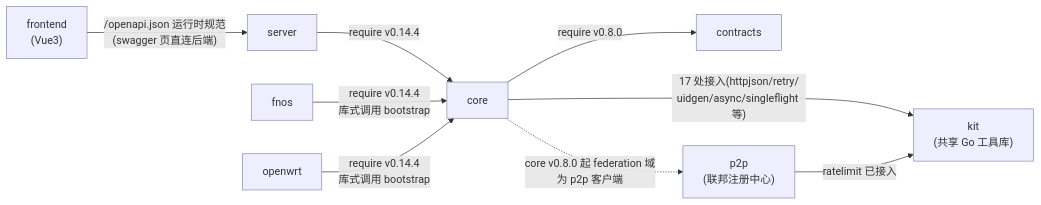
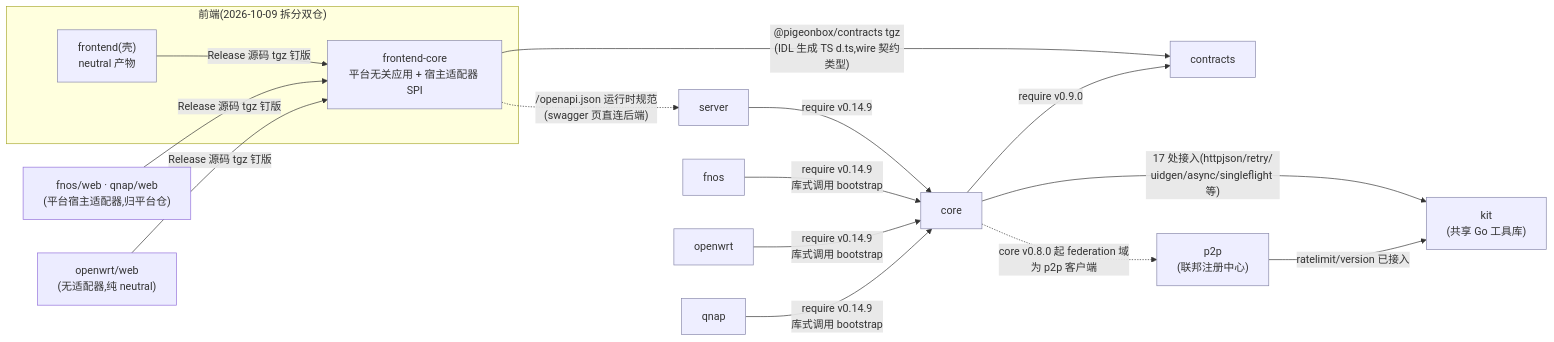
One commit to filescodebox/FilesCodeBox changed the second of 9 diagrams in docs/architecture.md. Above: the diagram before and after it, drawn with Mermaid. The commit also changed other lines of this file and 4 other files, not shown here.

````diff
--- a/docs/architecture.md
+++ b/docs/architecture.md
@@ -47,16 +50,25 @@
 ```mermaid
 graph LR
-    FE["frontend<br/>(Vue3)"] -->|"/openapi.json 运行时规范<br/>(swagger 页直连后端)"| SRV["server"]
-    SRV -->|"require v0.14.4"| CORE["core"]
-    FNOS["fnos"] -->|"require v0.14.4<br/>库式调用 bootstrap"| CORE
-    OWRT["openwrt"] -->|"require v0.14.4<br/>库式调用 bootstrap"| CORE
-    CORE -->|"require v0.8.0"| CTX["contracts"]
+    subgraph FEW["前端(2026-10-09 拆分双仓)"]
+        FES["frontend(壳)<br/>neutral 产物"]
+        FEC["frontend-core<br/>平台无关应用 + 宿主适配器 SPI"]
+        FES -->|"Release 源码 tgz 钉版"| FEC
+    end
+    PW["fnos/web · qnap/web<br/>(平台宿主适配器,归平台仓)"] -->|"Release 源码 tgz 钉版"| FEC
+    OWW["openwrt/web<br/>(无适配器,纯 neutral)"] -->|"Release 源码 tgz 钉版"| FEC
+    FEC -->|"@pigeonbox/contracts tgz<br/>(IDL 生成 TS d.ts,wire 契约类型)"| CTX["contracts"]
+    FEC -.->|"/openapi.json 运行时规范<br/>(swagger 页直连后端)"| SRV["server"]
+    SRV -->|"require v0.14.9"| CORE["core"]
+    FNOS["fnos"] -->|"require v0.14.9<br/>库式调用 bootstrap"| CORE
+    OWRT["openwrt"] -->|"require v0.14.9<br/>库式调用 bootstrap"| CORE
+    QNAPG["qnap"] -->|"require v0.14.9<br/>库式调用 bootstrap"| CORE
+    CORE -->|"require v0.9.0"| CTX
     P2P["p2p<br/>(联邦注册中心)"]
     CORE -.->|"core v0.8.0 起 federation 域<br/>为 p2p 客户端"| P2P
     KIT["kit<br/>(共享 Go 工具库)"]
     CORE -->|"17 处接入(httpjson/retry/<br/>uidgen/async/singleflight 等)"| KIT
-    P2P -->|"ratelimit 已接入"| KIT
+    P2P -->|"ratelimit/version 已接入"| KIT
 
     classDef plain fill:#eef,stroke:#88a
-    class CTX,CORE,SRV,FE,FNOS,OWRT,P2P,KIT plain
+    class CTX,CORE,SRV,FES,FEC,FNOS,OWRT,QNAPG,P2P,KIT plain
 ```
````
